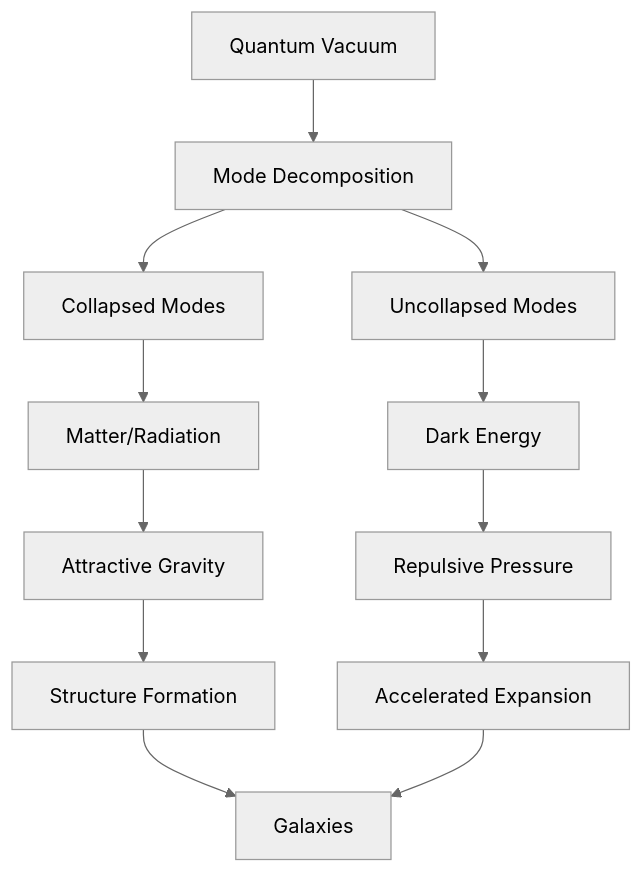
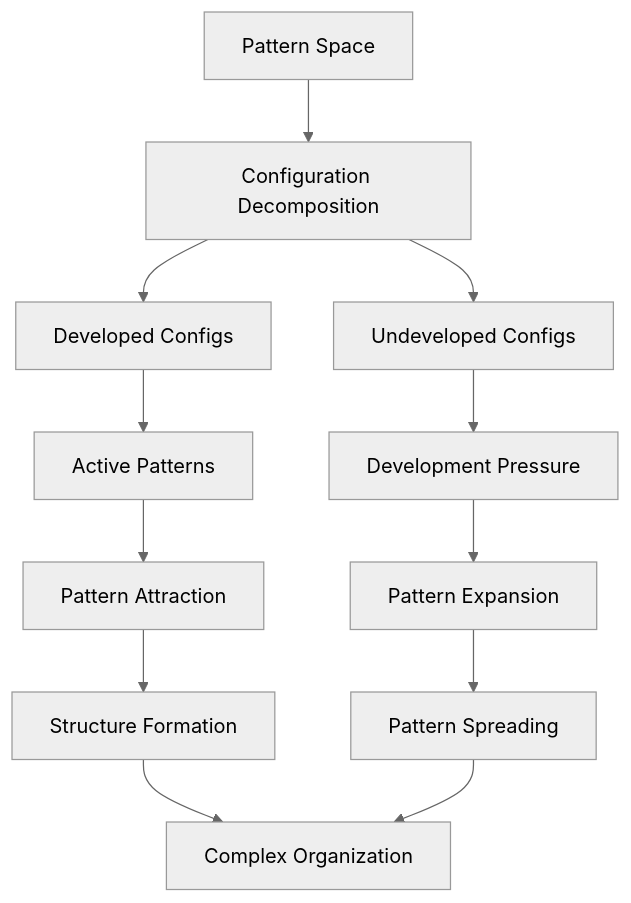
The first of 2 diagrams in docs/psi-structum/book-1-collapse-ontology/part-04-quantum-gravity/chapter-059-dark-energy-collapse-pressure.md (loning/the-phys), drawn with Mermaid (neutral theme) before and after one commit. The commit also changed other lines of this file and 19 other files, not shown here.

````diff
--- a/docs/psi-structum/book-1-collapse-ontology/part-04-quantum-gravity/chapter-059-dark-energy-collapse-pressure.md
+++ b/docs/psi-structum/book-1-collapse-ontology/part-04-quantum-gravity/chapter-059-dark-energy-collapse-pressure.md
@@ -70,14 +80,14 @@
 ```mermaid
 graph TD
-    A[Quantum Vacuum] --> B[Mode Decomposition]
-    B --> C[Collapsed Modes]
-    B --> D[Uncollapsed Modes]
-    C --> E[Matter/Radiation]
-    D --> F[Dark Energy]
-    E --> G[Attractive Gravity]
-    F --> H[Repulsive Pressure]
+    A[Pattern Space] --> B[Configuration Decomposition]
+    B --> C[Developed Configs]
+    B --> D[Undeveloped Configs]
+    C --> E[Active Patterns]
+    D --> F[Development Pressure]
+    E --> G[Pattern Attraction]
+    F --> H[Pattern Expansion]
     G --> I[Structure Formation]
-    H --> J[Accelerated Expansion]
-    I --> K[Galaxies]
+    H --> J[Pattern Spreading]
+    I --> K[Complex Organization]
     J --> K
 ```
````
